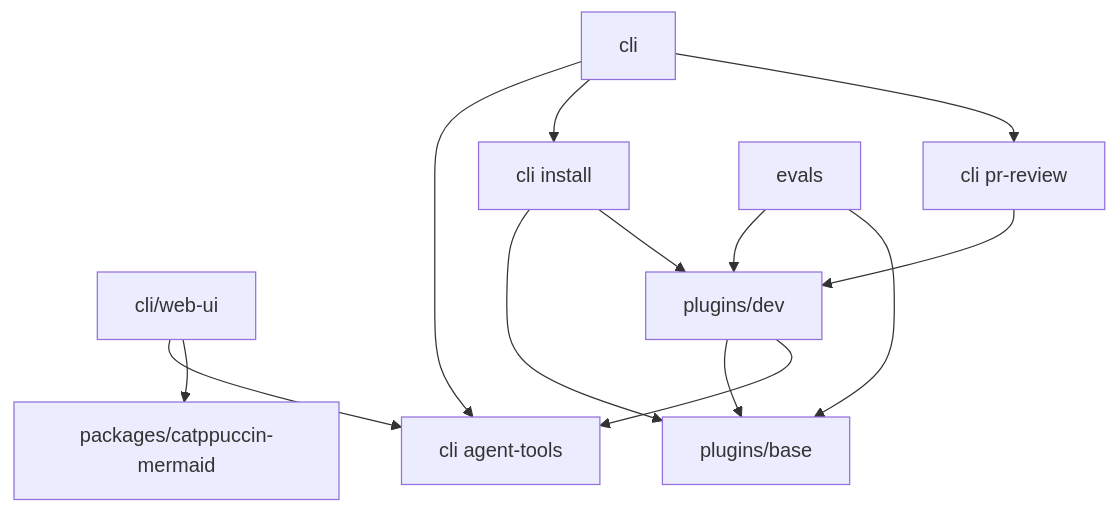
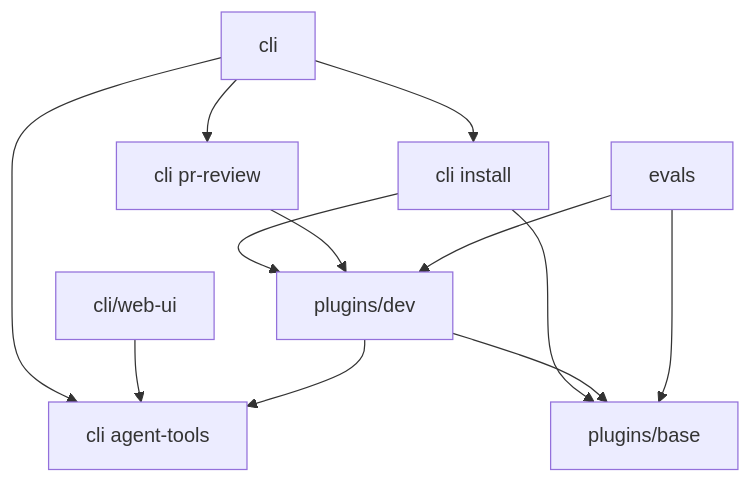
The diagram in .rp1/context/dependencies.md (rp1-run/rp1), drawn with Mermaid before and after one commit. The commit also changed other lines of this file and 30 other files, not shown here.

Commit message:
chore: remove unused catppuccin-mermaid package

````diff
--- a/.rp1/context/dependencies.md
+++ b/.rp1/context/dependencies.md
@@ -9,15 +9,14 @@
 ```mermaid
 graph TD
     CLI[cli] --> TOOLS[cli agent-tools]
     CLI --> INSTALL[cli install]
     CLI --> PR[cli pr-review]
     WEB[cli/web-ui] --> TOOLS
     INSTALL --> BASE[plugins/base]
     INSTALL --> DEV[plugins/dev]
     DEV --> BASE
     DEV --> TOOLS
     PR --> DEV
     EVALS[evals] --> DEV
     EVALS --> BASE
-    WEB --> THEME[packages/catppuccin-mermaid]
 ```
````
